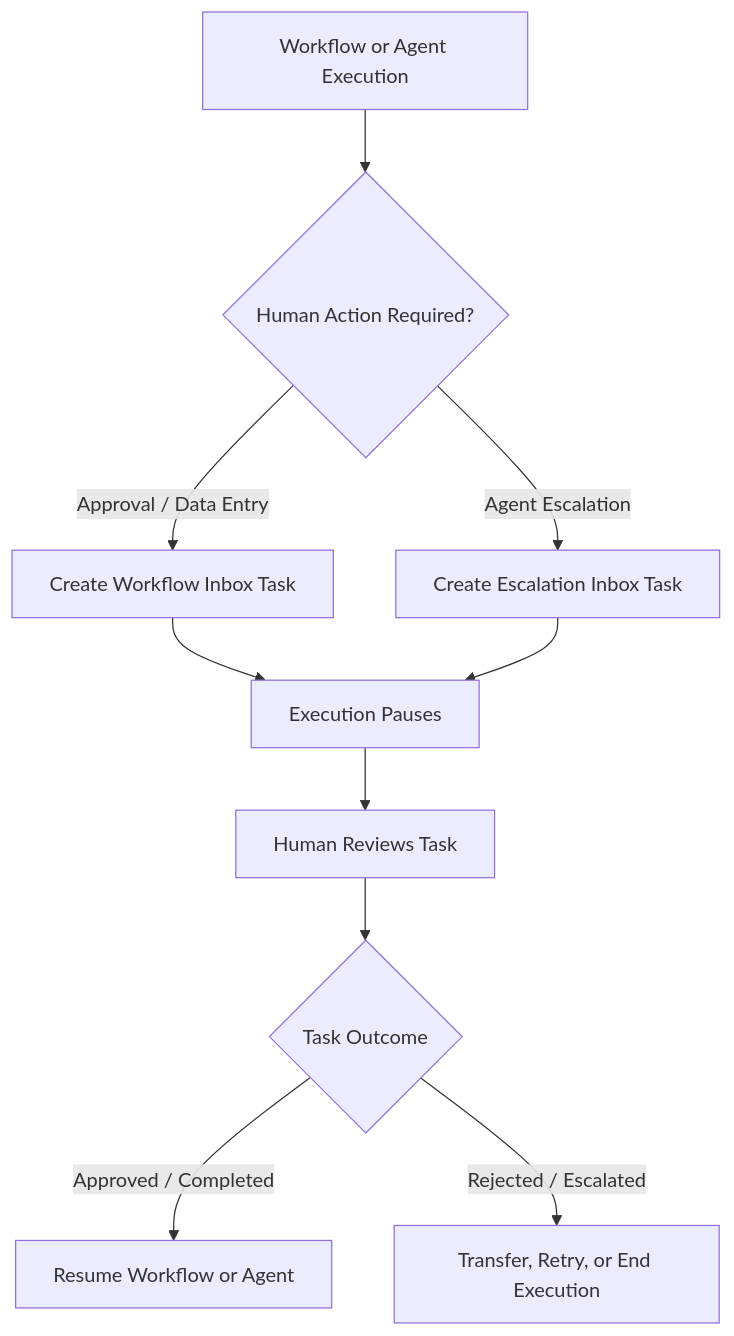
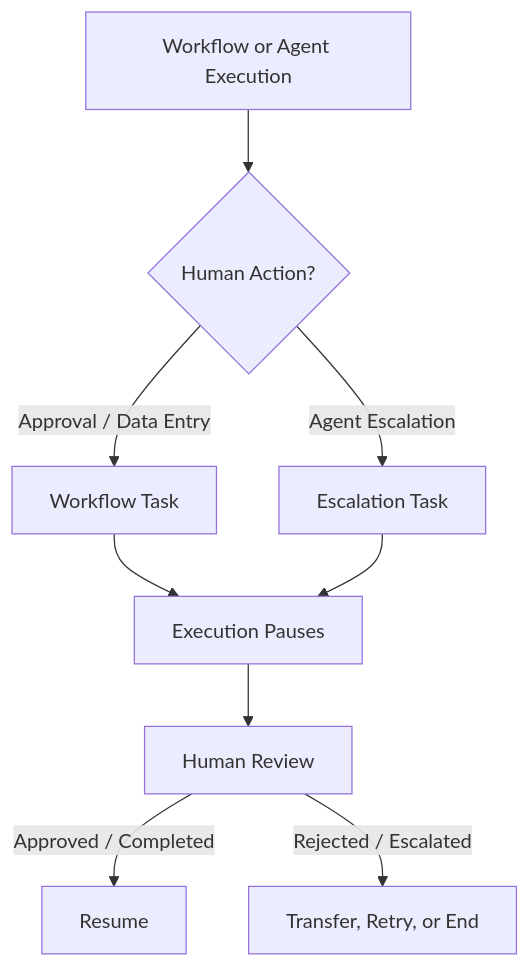
The diagram in agent-platform-v2/inbox.mdx (Koredotcom/docs-v2), drawn with Mermaid before and after one commit.

````diff
--- a/agent-platform-v2/inbox.mdx
+++ b/agent-platform-v2/inbox.mdx
@@ -28,20 +28,14 @@
 ```mermaid
 flowchart TD
 
     A[Workflow or Agent Execution]
 
-    A --> B{Human Action Required?}
-
-    B -->|Approval / Data Entry| C[Create Workflow Inbox Task]
-    B -->|Agent Escalation| D[Create Escalation Inbox Task]
-
+    A --> B{Human Action?}
+    B -->|Approval / Data Entry| C[Workflow Task]
+    B -->|Agent Escalation| D[Escalation Task]
     C --> E[Execution Pauses]
     D --> E
-
-    E --> F[Human Reviews Task]
-
-    F --> G{Task Outcome}
-
-    G -->|Approved / Completed| H[Resume Workflow or Agent]
-    G -->|Rejected / Escalated| I[Transfer, Retry, or End Execution]
+    E --> F[Human Review]
+    F -->|Approved / Completed| H[Resume]
+    F -->|Rejected / Escalated| I[Transfer, Retry, or End]
 ```
````
